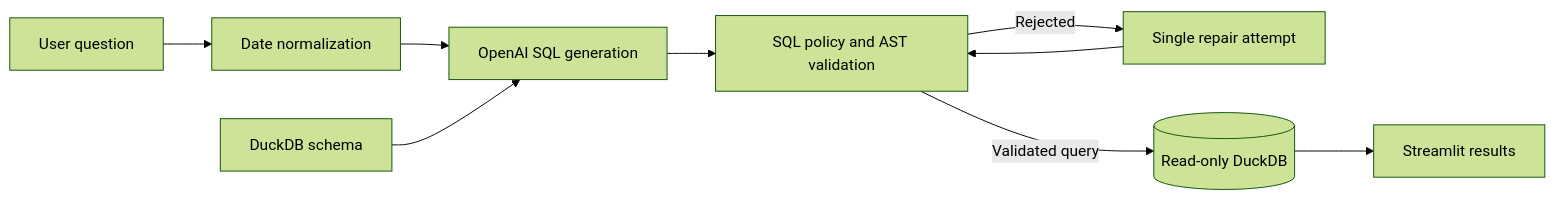
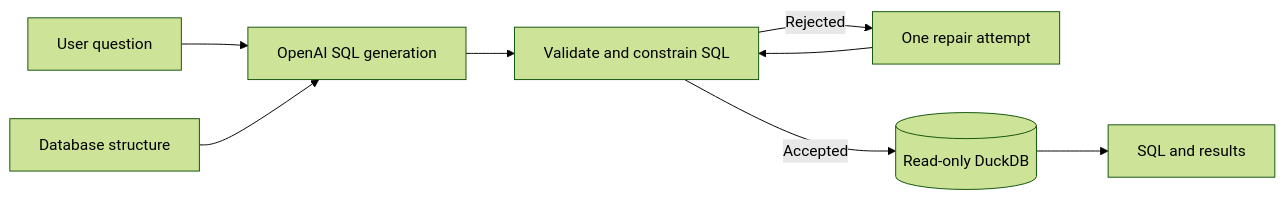
One commit to paolo-notaro/naturalQL changed the diagram in README.md. Above: the diagram before and after it, drawn with Mermaid (forest theme). The commit also changed other lines of this file, not shown here.

````diff
--- a/README.md
+++ b/README.md
@@ -23,11 +31,10 @@
 ```mermaid
 flowchart LR
-    U[User question] --> N[Date normalization]
-    N --> L[OpenAI SQL generation]
-    S[DuckDB schema] --> L
-    L --> V[SQL policy and AST validation]
-    V -->|Rejected| R[Single repair attempt]
+    U[User question] --> L[OpenAI SQL generation]
+    S[Database structure] --> L
+    L --> V[Validate and constrain SQL]
+    V -->|Rejected| R[One repair attempt]
     R --> V
-    V -->|Validated query| D[(Read-only DuckDB)]
-    D --> UI[Streamlit results]
+    V -->|Accepted| D[(Read-only DuckDB)]
+    D --> UI[SQL and results]
 ```
````
